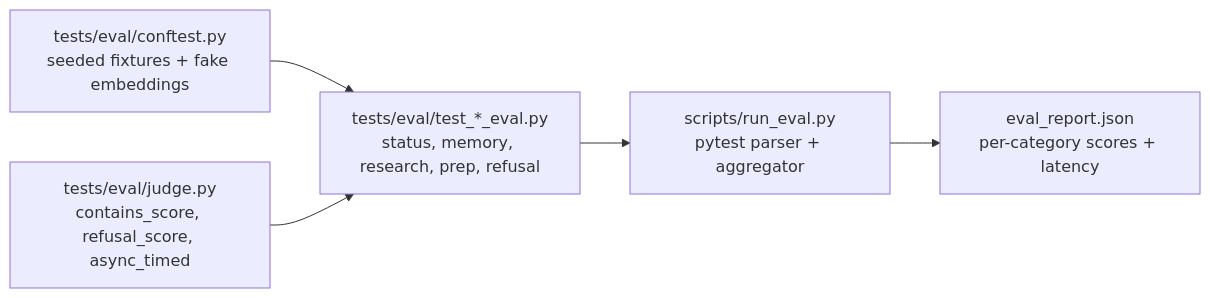
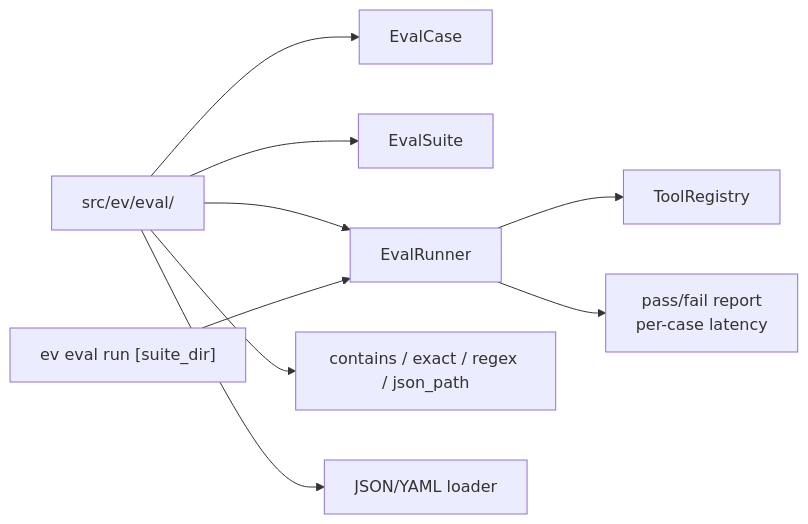
The seventh of 10 diagrams in docs/superpowers/architecture/hi-ev-end-to-end-architecture.md (satyamdas03/Hi-EV), drawn with Mermaid before and after one commit. The commit also changed other lines of this file and 37 other files, not shown here.

````diff
--- a/docs/superpowers/architecture/hi-ev-end-to-end-architecture.md
+++ b/docs/superpowers/architecture/hi-ev-end-to-end-architecture.md
@@ -349,13 +424,20 @@
 ```mermaid
 flowchart LR
-    Conftest["tests/eval/conftest.py\nseeded fixtures + fake embeddings"]
-    Judge["tests/eval/judge.py\ncontains_score, refusal_score, async_timed"]
-    EvalFiles["tests/eval/test_*_eval.py\nstatus, memory, research, prep, refusal"]
-    Runner["scripts/run_eval.py\npytest parser + aggregator"]
-    Report["eval_report.json\nper-category scores + latency"]
+    EvalPackage["src/ev/eval/"]
+    EvalCase["EvalCase"]
+    EvalSuite["EvalSuite"]
+    EvalRunner["EvalRunner"]
+    Checks["contains / exact / regex / json_path"]
+    Loader["JSON/YAML loader"]
+    CLI["ev eval run [suite_dir]"]
+    Report["pass/fail report\nper-case latency"]
 
-    Conftest --> EvalFiles
-    Judge --> EvalFiles
-    EvalFiles --> Runner
-    Runner --> Report
+    EvalPackage --> EvalCase
+    EvalPackage --> EvalSuite
+    EvalPackage --> EvalRunner
+    EvalPackage --> Checks
+    EvalPackage --> Loader
+    EvalRunner --> ToolRegistry
+    EvalRunner --> Report
+    CLI --> EvalRunner
 ```
````
